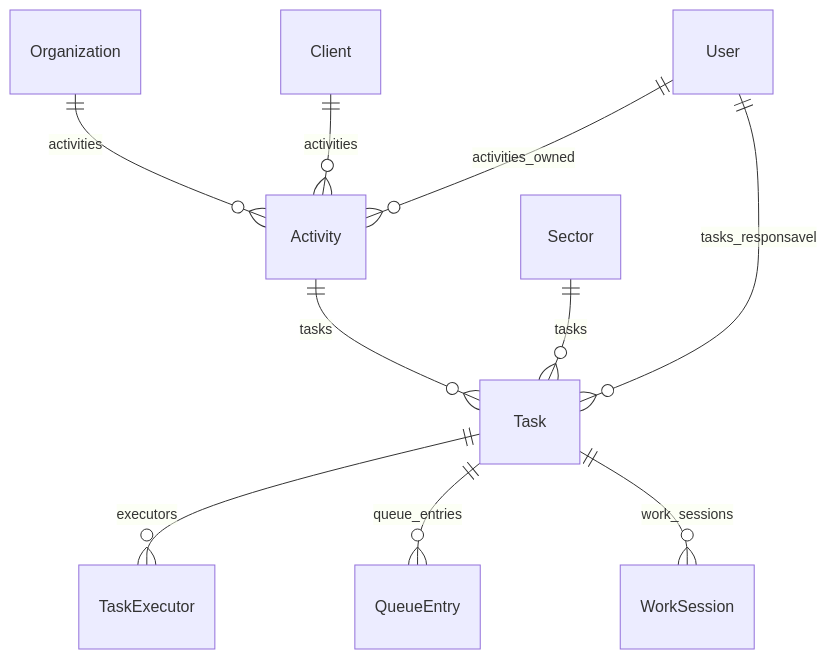
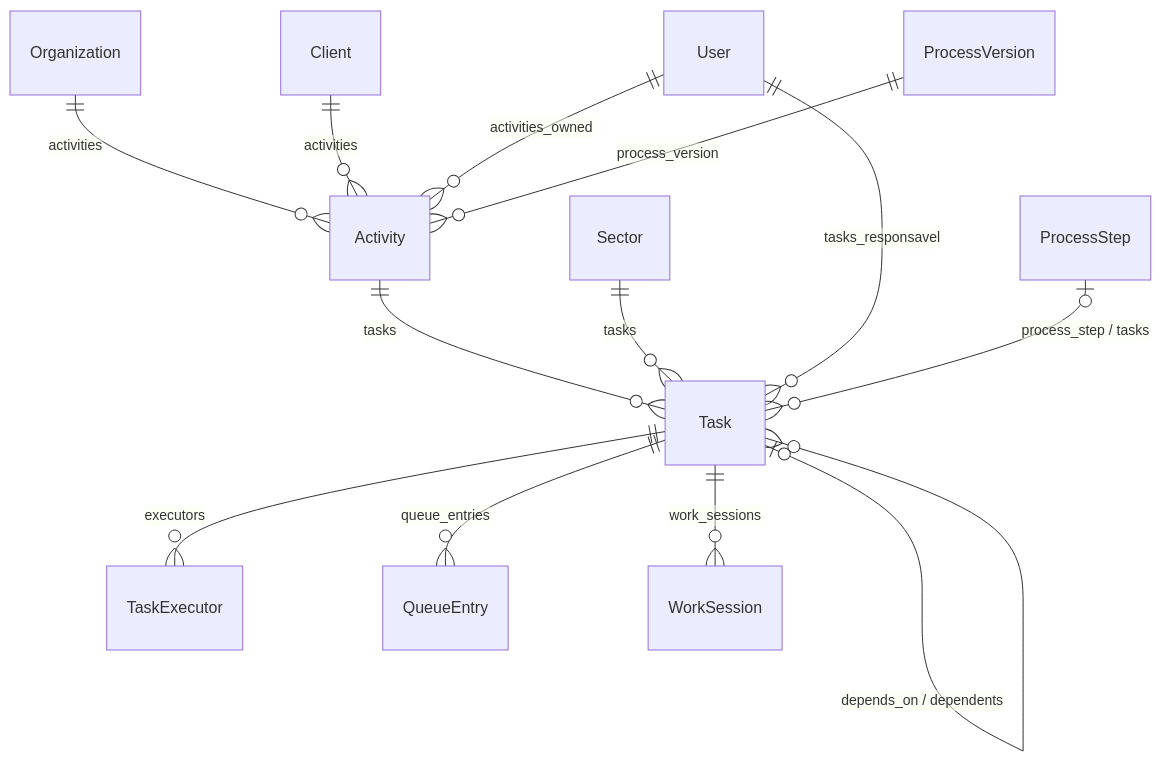
The second of 2 diagrams in docs/04_MODELOS_DE_DADOS.md (Lucasrafael703/workflow), drawn with Mermaid before and after one commit. The commit also changed other lines of this file and 105 other files, not shown here.

````diff
--- a/docs/04_MODELOS_DE_DADOS.md
+++ b/docs/04_MODELOS_DE_DADOS.md
@@ -31,12 +31,15 @@
 ```mermaid
 erDiagram
     Organization ||--o{ Activity : "activities"
     Client ||--o{ Activity : "activities"
     User ||--o{ Activity : "activities_owned"
     Activity ||--o{ Task : "tasks"
     Sector ||--o{ Task : "tasks"
     User ||--o{ Task : "tasks_responsavel"
     Task ||--o{ TaskExecutor : "executors"
     Task ||--o{ QueueEntry : "queue_entries"
     Task ||--o{ WorkSession : "work_sessions"
+    Task |o--o{ Task : "depends_on / dependents"
+    ProcessStep |o--o{ Task : "process_step / tasks"
+    ProcessVersion ||--o{ Activity : "process_version"
 ```
````
